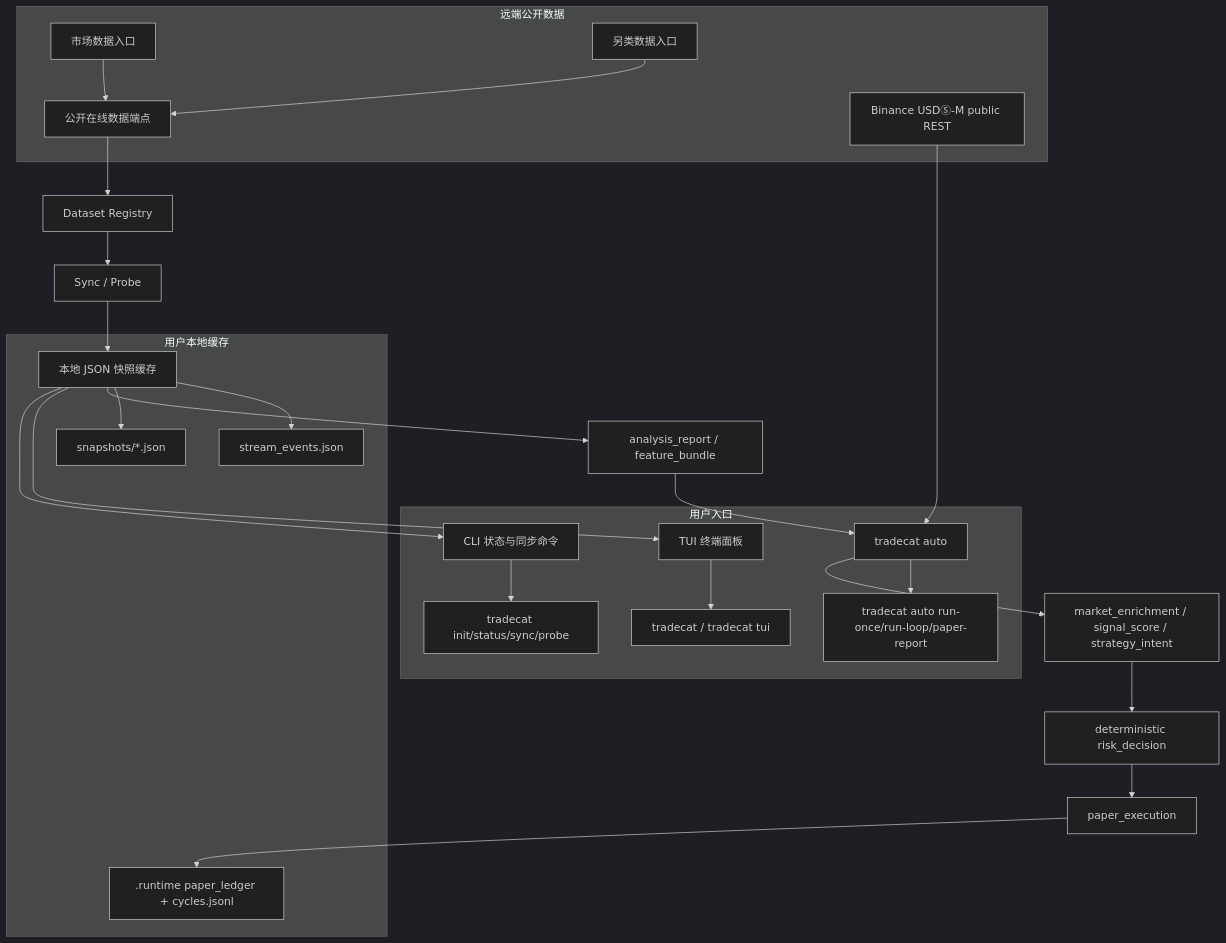
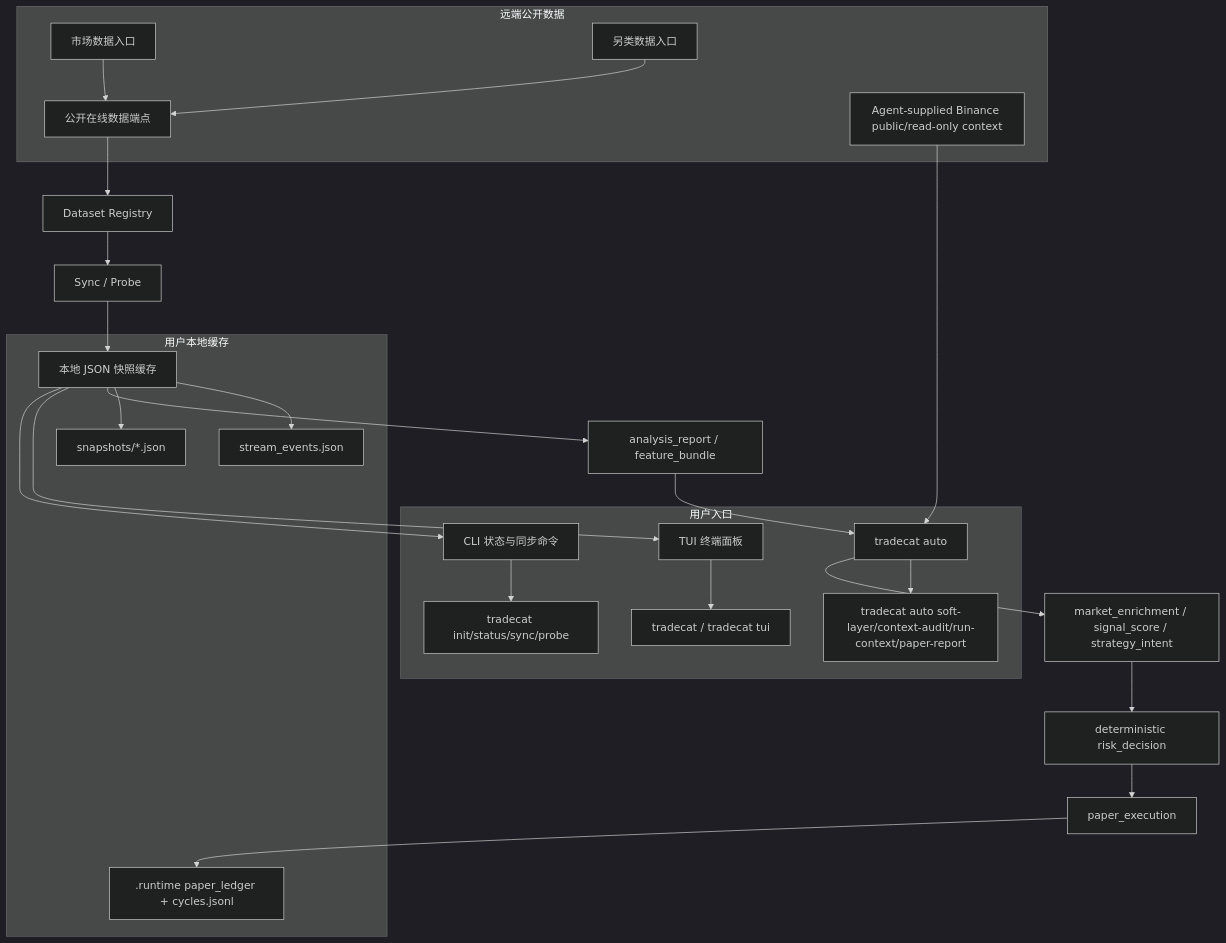
The diagram in project/README.md (TbK0ng/tradecat), drawn with Mermaid (dark theme) before and after one commit. The commit also changed other lines of this file and 7 other files, not shown here.

Commit message:
Align Agent market context governance

````diff
--- a/project/README.md
+++ b/project/README.md
@@ -64,40 +64,40 @@
 ```mermaid
 flowchart TD
     A[公开在线数据端点] --> B[Dataset Registry]
     B --> C[Sync / Probe]
     C --> D[本地 JSON 快照缓存]
     D --> E[CLI 状态与同步命令]
     D --> F[TUI 终端面板]
     D --> G[analysis_report / feature_bundle]
     G --> H[tradecat auto]
-    I[Binance USDⓈ-M public REST] --> H
+    I[Agent-supplied Binance public/read-only context] --> H
     H --> J[market_enrichment / signal_score / strategy_intent]
     J --> K[deterministic risk_decision]
     K --> L[paper_execution]
     L --> M[.runtime paper_ledger + cycles.jsonl]
 
     subgraph Remote[远端公开数据]
         A1[市场数据入口]
         A2[另类数据入口]
         A1 --> A
         A2 --> A
         I
     end
 
     subgraph Cache[用户本地缓存]
         D1[snapshots/*.json]
         D2[stream_events.json]
         D --> D1
         D --> D2
         M
     end
 
     subgraph Interface[用户入口]
         E1[tradecat init/status/sync/probe]
         F1[tradecat / tradecat tui]
-        H1[tradecat auto run-once/run-loop/paper-report]
+        H1[tradecat auto soft-layer/context-audit/run-context/paper-report]
         E --> E1
         F --> F1
         H --> H1
     end
 ```
````
